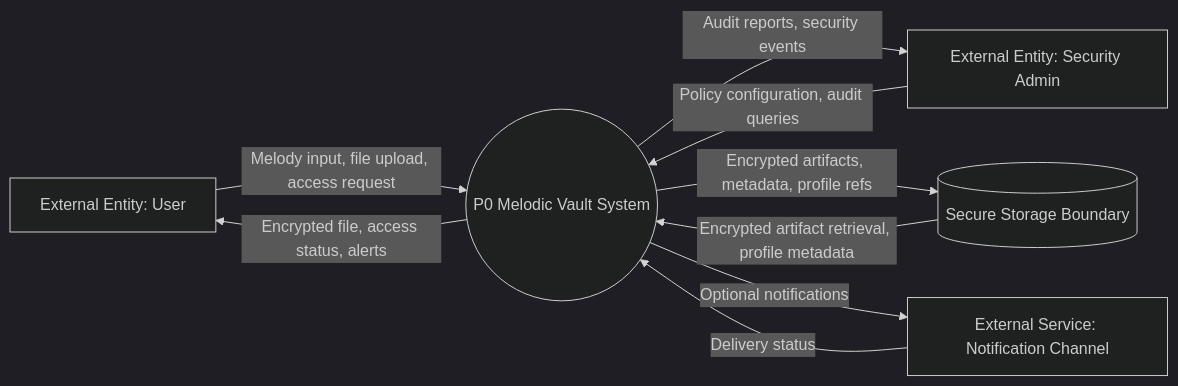
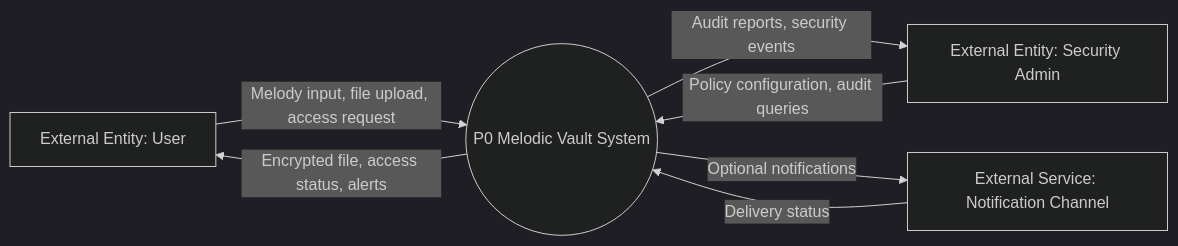
One commit to Aditya-KumarJha/MelodicVault changed the third of 7 diagrams in diagram.md. Above: the diagram before and after it, drawn with Mermaid (dark theme). The commit also changed other lines of this file, not shown here.

````diff
--- a/diagram.md
+++ b/diagram.md
@@ -556,15 +556,12 @@
 ```mermaid
 flowchart LR
 
 U[External Entity: User] -->|Melody input, file upload, access request| P0((P0 Melodic Vault System))
 P0 -->|Encrypted file, access status, alerts| U
 
 ADM[External Entity: Security Admin] -->|Policy configuration, audit queries| P0
 P0 -->|Audit reports, security events| ADM
 
-P0 -->|Encrypted artifacts, metadata, profile refs| DS[(Secure Storage Boundary)]
-DS -->|Encrypted artifact retrieval, profile metadata| P0
-
 P0 -->|Optional notifications| NS[External Service: Notification Channel]
 NS -->|Delivery status| P0
 ```
````
